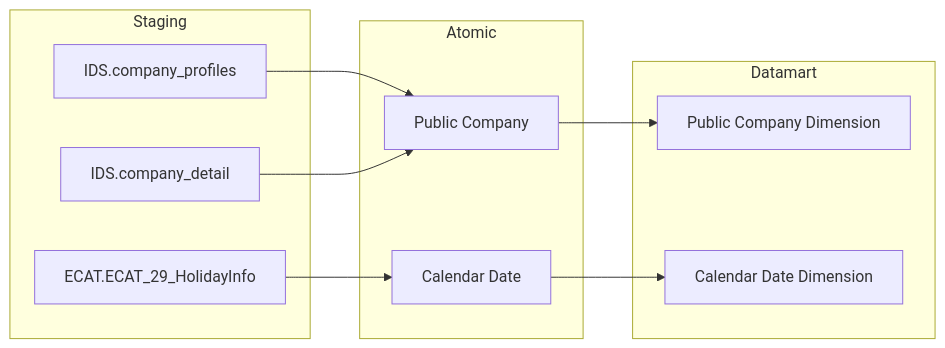
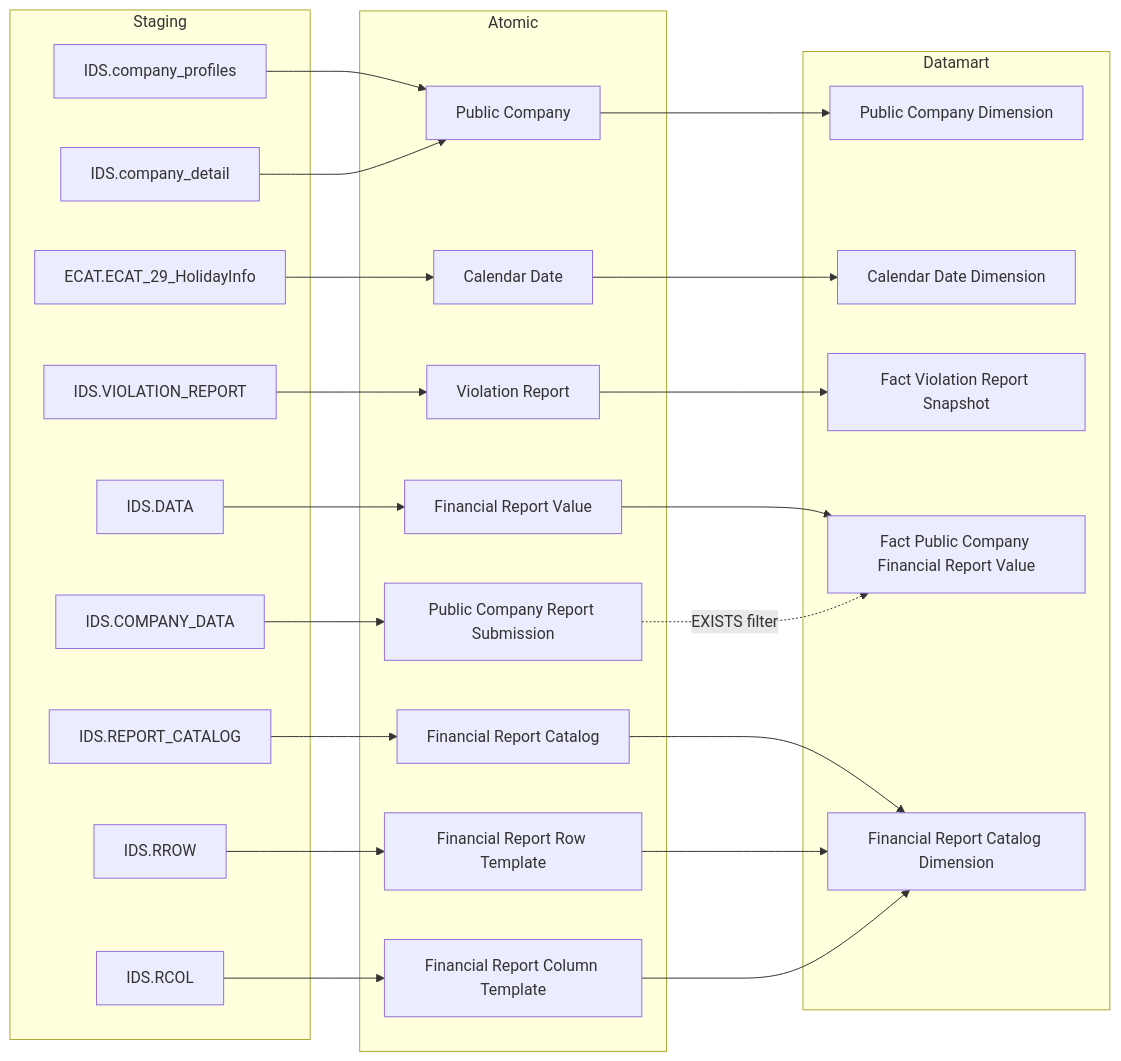
The seventh of 40 diagrams in Datamart/hld/DTM_GSDC_HLD.md (linhlvit/ubck_atomic_design), drawn with Mermaid before and after one commit. The commit also changed other lines of this file and 3 other files, not shown here.

````diff
--- a/Datamart/hld/DTM_GSDC_HLD.md
+++ b/Datamart/hld/DTM_GSDC_HLD.md
@@ -218,21 +218,48 @@
 ```mermaid
 flowchart LR
     subgraph SRC["Staging"]
         IDS_company_profiles["IDS.company_profiles"]
         IDS_company_detail["IDS.company_detail"]
         ECAT_ECAT_29_HolidayInfo["ECAT.ECAT_29_HolidayInfo"]
+        IDS_VIOLATION_REPORT["IDS.VIOLATION_REPORT"]
+        IDS_DATA["IDS.DATA"]
+        IDS_REPORT_CATALOG["IDS.REPORT_CATALOG"]
+        IDS_RROW["IDS.RROW"]
+        IDS_RCOL["IDS.RCOL"]
+        IDS_COMPANY_DATA["IDS.COMPANY_DATA"]
     end
     subgraph SIL["Atomic"]
         Public_Company["Public Company"]
         Calendar_Date["Calendar Date"]
+        Violation_Report["Violation Report"]
+        Financial_Report_Value["Financial Report Value"]
+        Financial_Report_Catalog["Financial Report Catalog"]
+        Financial_Report_Row_Template["Financial Report Row Template"]
+        Financial_Report_Column_Template["Financial Report Column Template"]
+        Public_Company_Report_Submission["Public Company Report Submission"]
     end
     subgraph GOLD["Datamart"]
         public_company_dim["Public Company Dimension"]
         cdr_dt_dim["Calendar Date Dimension"]
+        fct_violation_rpt_snpst["Fact Violation Report Snapshot"]
+        fct_pc_fr_val["Fact Public Company Financial Report Value"]
+        financial_rpt_catalog_dim["Financial Report Catalog Dimension"]
     end
     IDS_company_profiles --> Public_Company
     IDS_company_detail --> Public_Company
     ECAT_ECAT_29_HolidayInfo --> Calendar_Date
+    IDS_VIOLATION_REPORT --> Violation_Report
+    IDS_DATA --> Financial_Report_Value
+    IDS_REPORT_CATALOG --> Financial_Report_Catalog
+    IDS_RROW --> Financial_Report_Row_Template
+    IDS_RCOL --> Financial_Report_Column_Template
+    IDS_COMPANY_DATA --> Public_Company_Report_Submission
     Public_Company --> public_company_dim
     Calendar_Date --> cdr_dt_dim
+    Violation_Report --> fct_violation_rpt_snpst
+    Financial_Report_Value --> fct_pc_fr_val
+    Financial_Report_Catalog --> financial_rpt_catalog_dim
+    Financial_Report_Row_Template --> financial_rpt_catalog_dim
+    Financial_Report_Column_Template --> financial_rpt_catalog_dim
+    Public_Company_Report_Submission -.->|"EXISTS filter"| fct_pc_fr_val
 ```
````
